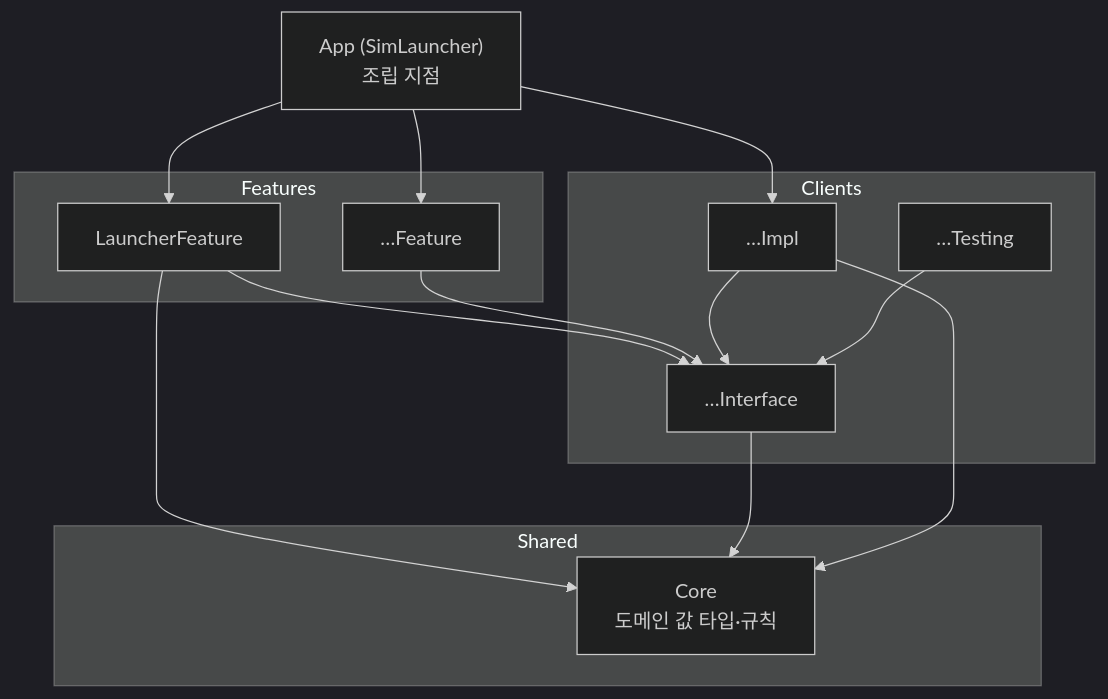
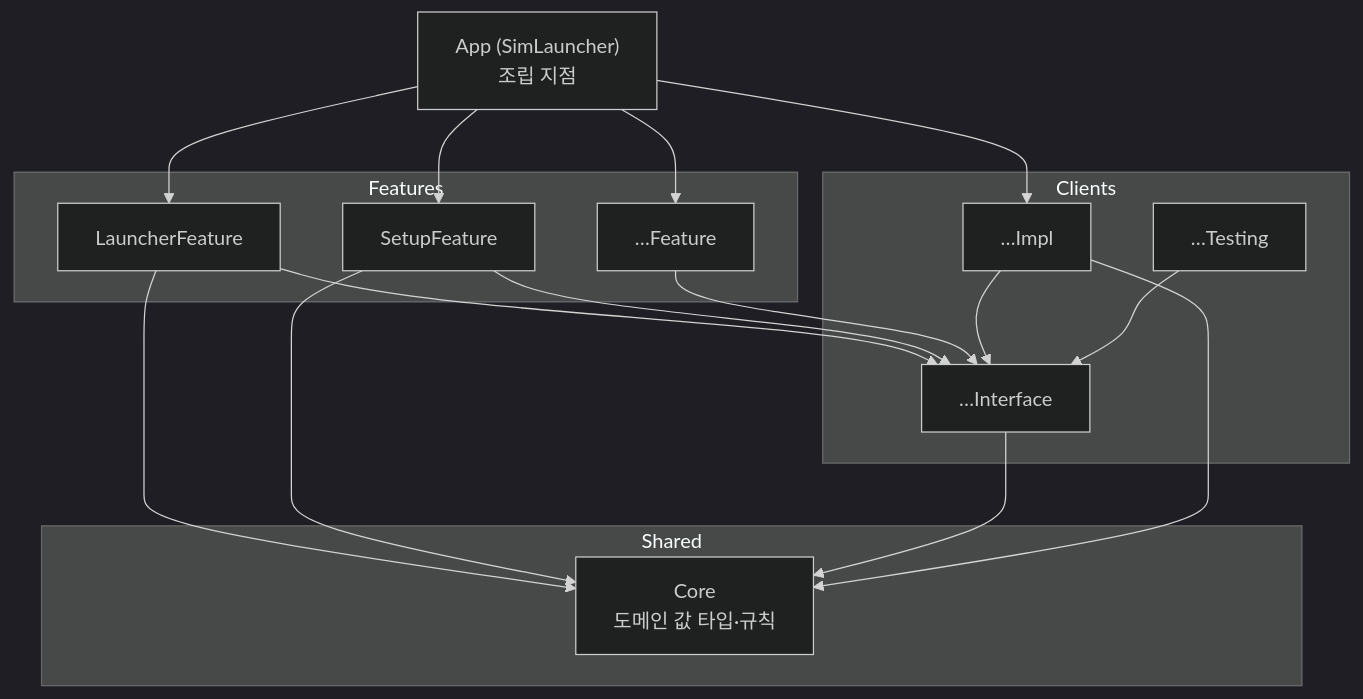
Before and after one commit to zopandagom/simlauncher-macos: the second of 2 diagrams in docs/ARCHITECTURE.md, drawn with Mermaid (dark theme). The commit also changed other lines of this file and 1 other file, not shown here.

Commit message:
docs: Setup 화면(3-B)을 아키텍처·개발 계획에 반영
- ARCHITECTURE: 화면 전환을 App 이 Setup 과 Launcher 사이에서 하는
  흐름(`isFinished`, `setupRequested`, `reopened()`, 활성화 때 재확인)
  단락과 의존 다이어그램에 `SetupFeature` 를 추가.
- DEVELOPMENT_PLAN: 사용 환경 행에 Setup Feature 흐름을 반영.

````diff
--- a/docs/ARCHITECTURE.md
+++ b/docs/ARCHITECTURE.md
@@ -67,23 +69,24 @@
 ```mermaid
 flowchart TD
     App["App (SimLauncher)<br/>조립 지점"]
     subgraph Features
       Launcher["LauncherFeature"]
+      Setup["SetupFeature"]
       Other["…Feature"]
     end
     subgraph Clients
       XI["…Interface"]
       XImpl["…Impl"]
       XT["…Testing"]
     end
     subgraph Shared
       Core["Core<br/>도메인 값 타입·규칙"]
     end
 
-    App --> Launcher & Other
+    App --> Launcher & Setup & Other
     App --> XImpl
-    Launcher & Other --> XI
+    Launcher & Setup & Other --> XI
     XImpl --> XI
     XT --> XI
-    Launcher & XI & XImpl --> Core
+    Launcher & Setup & XI & XImpl --> Core
 ```
````
